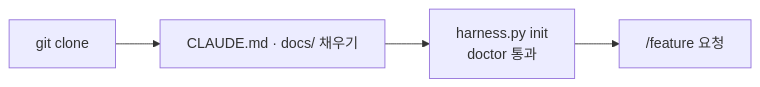
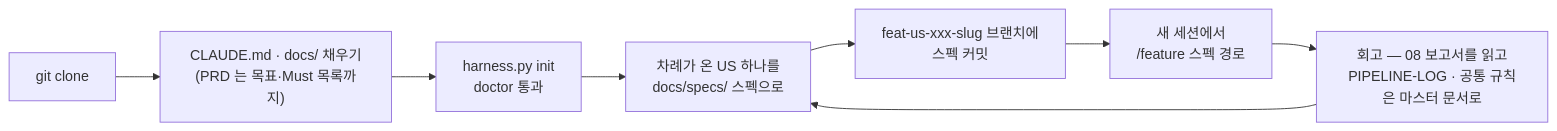
The first of 2 diagrams in README.md (hyuham1335-stack/harness-template), drawn with Mermaid before and after one commit. The commit also changed other lines of this file and 11 other files, not shown here.

````diff
--- a/README.md
+++ b/README.md
@@ -54,6 +54,10 @@
 ```mermaid
 flowchart LR
-    C["git clone"] --> D["CLAUDE.md · docs/ 채우기"]
+    C["git clone"] --> D["CLAUDE.md · docs/ 채우기<br/>(PRD 는 목표·Must 목록까지)"]
     D --> I["harness.py init<br/>doctor 통과"]
-    I --> R["/feature 요청"]
+    I --> P["차례가 온 US 하나를<br/>docs/specs/ 스펙으로"]
+    P --> S["feat-us-xxx-slug 브랜치에<br/>스펙 커밋"]
+    S --> R["새 세션에서<br/>/feature 스펙 경로"]
+    R --> V["회고 — 08 보고서를 읽고<br/>PIPELINE-LOG · 공통 규칙은 마스터 문서로"]
+    V --> P
 ```
````
